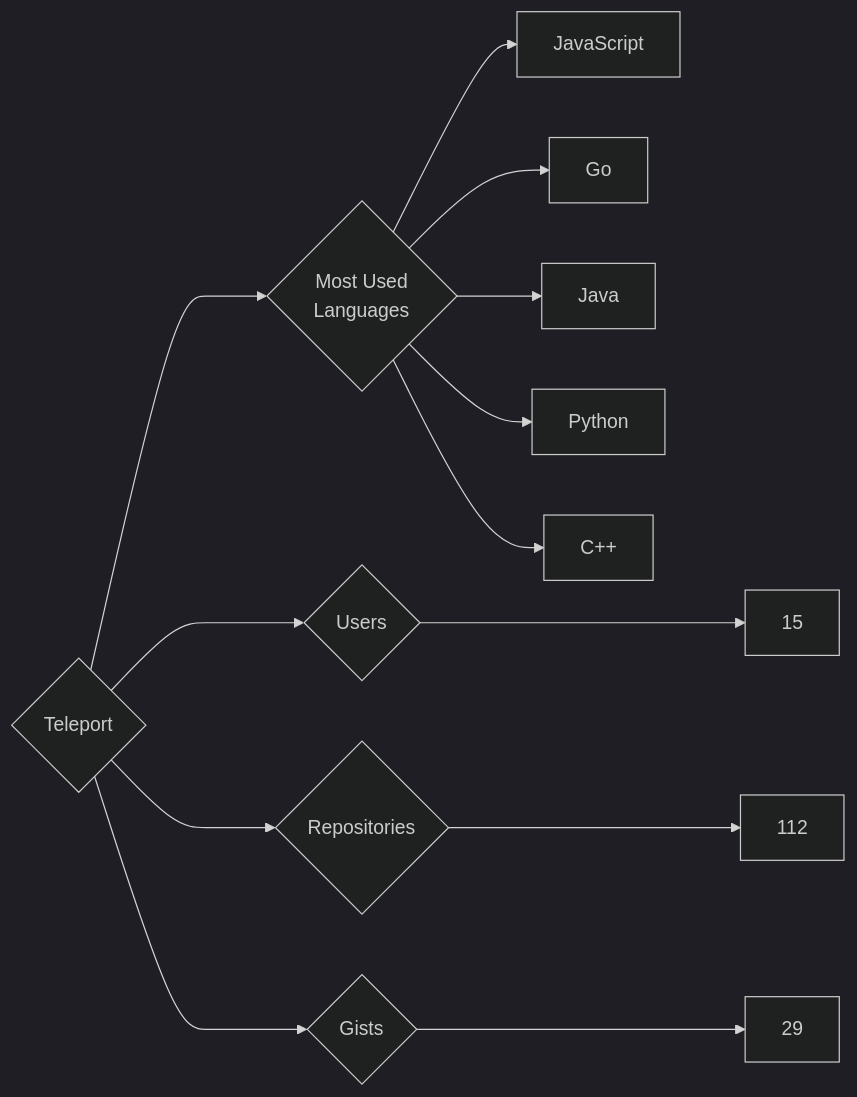
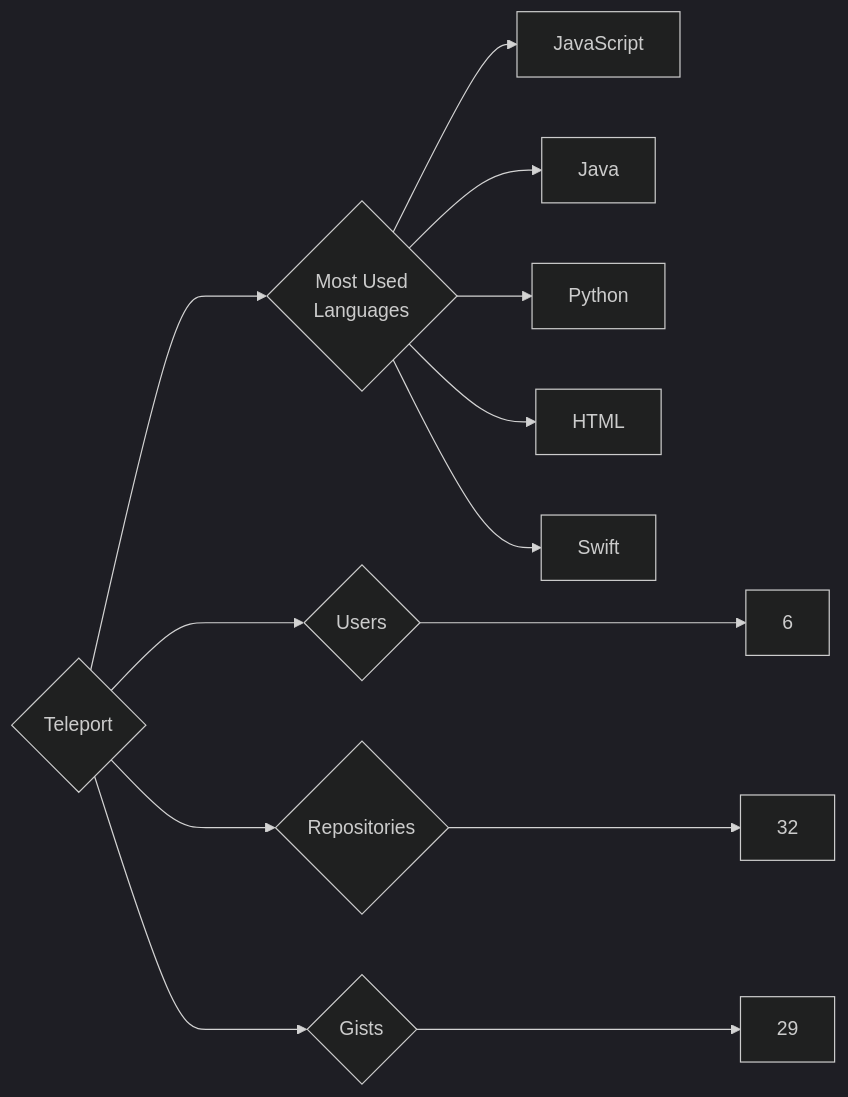
Before and after one commit to trickest/insiders: the diagram in targets/Teleport/README.md, drawn with Mermaid (dark theme). The commit also changed 1389 other files, not shown here.

````diff
--- a/targets/Teleport/README.md
+++ b/targets/Teleport/README.md
@@ -3,13 +3,13 @@
 ```mermaid
 graph LR
 COMPANY_NAME{Teleport}
-COMPANY_NAME ---> U{Users} ---> UN[15]
-COMPANY_NAME ---> R{Repositories} ---> RN[112]
+COMPANY_NAME ---> U{Users} ---> UN[6]
+COMPANY_NAME ---> R{Repositories} ---> RN[32]
 COMPANY_NAME ---> G{Gists} ---> GN[29]
 COMPANY_NAME ---> ML{Most Used<br>Languages}
 ML --> JavaScript[JavaScript]
-ML --> Go[Go]
 ML --> Java[Java]
 ML --> Python[Python]
-ML --> C++[C++]
+ML --> HTML[HTML]
+ML --> Swift[Swift]
 ```
````
